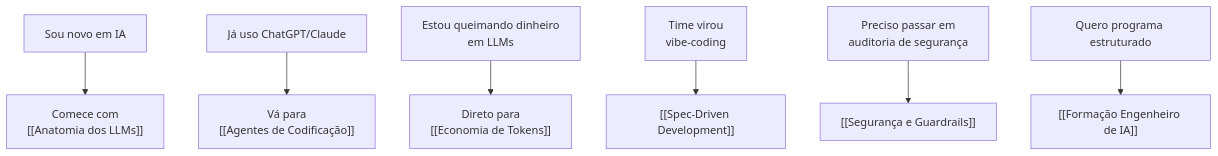
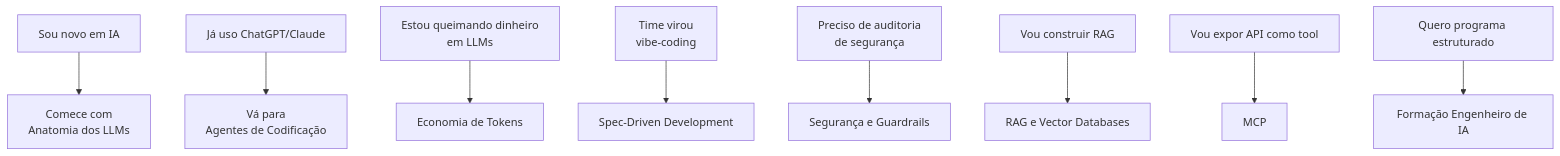
One commit to josenaldo/my-dev-notebook changed the diagram in 03-Domínios/IA/index.md. Above: the diagram before and after it, drawn with Mermaid. The commit also changed other lines of this file and 42 other files, not shown here.

First line of the commit message:
feat(IA): Trilha 8 (RAG) + Trilha 9 (MCP) + absorção de Skills em Context Engineering

````diff
--- a/03-Domínios/IA/index.md
+++ b/03-Domínios/IA/index.md
@@ -70,9 +69,11 @@
 ```mermaid
 graph TD
-    A["Sou novo em IA"] --> B["Comece com<br/>[[Anatomia dos LLMs]]"]
-    C["Já uso ChatGPT/Claude"] --> D["Vá para<br/>[[Agentes de Codificação]]"]
-    E["Estou queimando dinheiro<br/>em LLMs"] --> F["Direto para<br/>[[Economia de Tokens]]"]
-    G["Time virou<br/>vibe-coding"] --> H["[[Spec-Driven Development]]"]
-    I["Preciso passar em<br/>auditoria de segurança"] --> J["[[Segurança e Guardrails]]"]
-    K["Quero programa estruturado"] --> L["[[Formação Engenheiro de IA]]"]
+    A["Sou novo em IA"] --> B["Comece com<br/>Anatomia dos LLMs"]
+    C["Já uso ChatGPT/Claude"] --> D["Vá para<br/>Agentes de Codificação"]
+    E["Estou queimando dinheiro<br/>em LLMs"] --> F["Economia de Tokens"]
+    G["Time virou<br/>vibe-coding"] --> H["Spec-Driven Development"]
+    I["Preciso de auditoria<br/>de segurança"] --> J["Segurança e Guardrails"]
+    K["Vou construir RAG"] --> L["RAG e Vector Databases"]
+    M["Vou expor API como tool"] --> N["MCP"]
+    O["Quero programa estruturado"] --> P["Formação Engenheiro de IA"]
 ```
````
